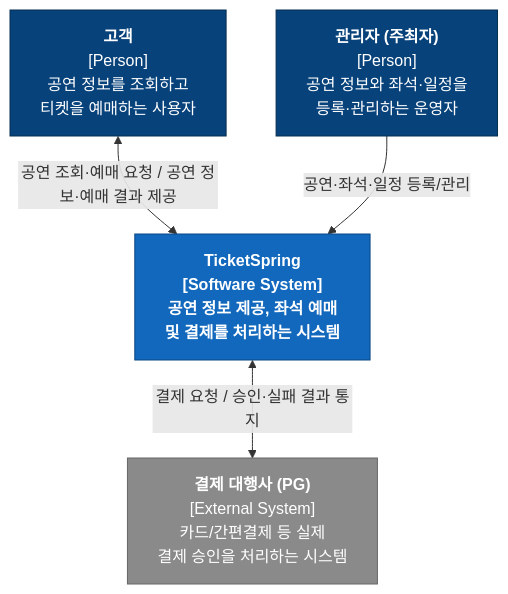
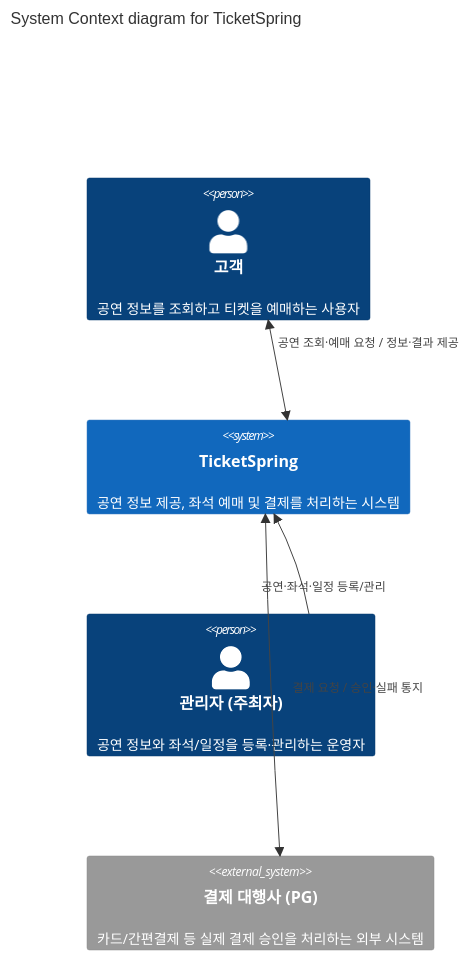
The diagram in docs/architecture/c4-context.md (Hangju0610/TicketSpring_Monolith), drawn with Mermaid before and after one commit.

Commit message:
docs: C4-Context.md C4Context 렌더링 수정

````diff
--- a/docs/architecture/c4-context.md
+++ b/docs/architecture/c4-context.md
@@ -5,15 +5,20 @@
 ```mermaid
-flowchart TB
-    classDef person fill:#08427b,stroke:#052e51,color:#fff
-    classDef system fill:#1168bd,stroke:#0b4884,color:#fff,font-weight:bold
-    classDef external fill:#8a8a8a,stroke:#666666,color:#fff
+C4Context
+  title System Context diagram for TicketSpring
 
-    customer["<b>고객</b><br/>[Person]<br/>공연 정보를 조회하고<br/>티켓을 예매하는 사용자"]:::person
-    admin["<b>관리자 (주최자)</b><br/>[Person]<br/>공연 정보와 좌석·일정을<br/>등록·관리하는 운영자"]:::person
-    ticketSpring["<b>TicketSpring</b><br/>[Software System]<br/>공연 정보 제공, 좌석 예매<br/>및 결제를 처리하는 시스템"]:::system
-    pg["<b>결제 대행사 (PG)</b><br/>[External System]<br/>카드/간편결제 등 실제<br/>결제 승인을 처리하는 시스템"]:::external
+  Person(customer, "고객", "공연 정보를 조회하고 티켓을 예매하는 사용자")
+  System(ticketSpring, "TicketSpring", "공연 정보 제공, 좌석 예매 및 결제를 처리하는 시스템")
+  Person(admin, "관리자 (주최자)", "공연 정보와 좌석/일정을 등록·관리하는 운영자")
 
-    customer <-->|"공연 조회·예매 요청 / 공연 정보·예매 결과 제공"| ticketSpring
-    admin -->|"공연·좌석·일정 등록/관리"| ticketSpring
-    ticketSpring <-->|"결제 요청 / 승인·실패 결과 통지"| pg
+  System_Ext(pg, "결제 대행사 (PG)", "카드/간편결제 등 실제 결제 승인을 처리하는 외부 시스템")
+
+  BiRel(customer, ticketSpring, "공연 조회·예매 요청 / 정보·결과 제공")
+  Rel(admin, ticketSpring, "공연·좌석·일정 등록/관리")
+  BiRel(ticketSpring, pg, "결제 요청 / 승인·실패 통지")
+
+  UpdateRelStyle(customer, ticketSpring, $offsetY="-30")
+  UpdateRelStyle(admin, ticketSpring, $offsetY="20", $offsetX="-30")
+  UpdateRelStyle(ticketSpring, pg, $offsetX="20")
+
+  UpdateLayoutConfig($c4ShapeInRow="3", $c4BoundaryInRow="1")
 ```
````
